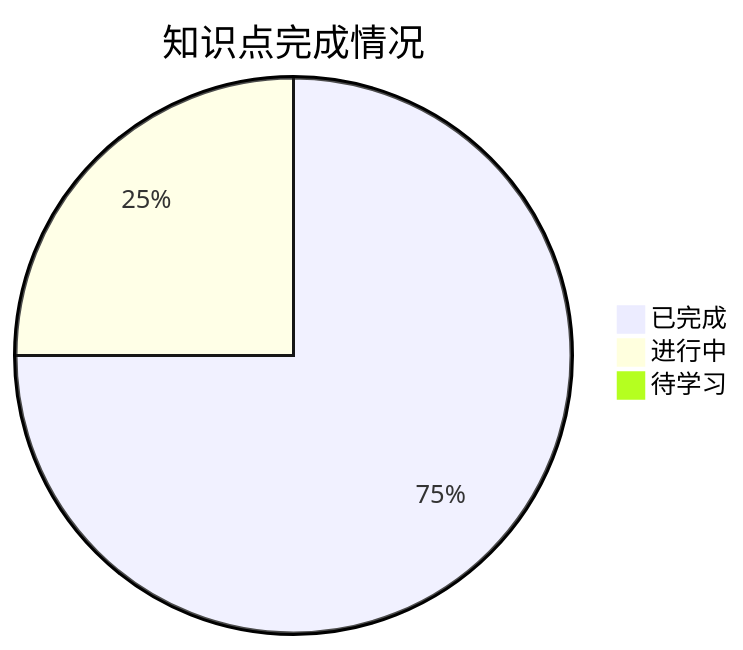
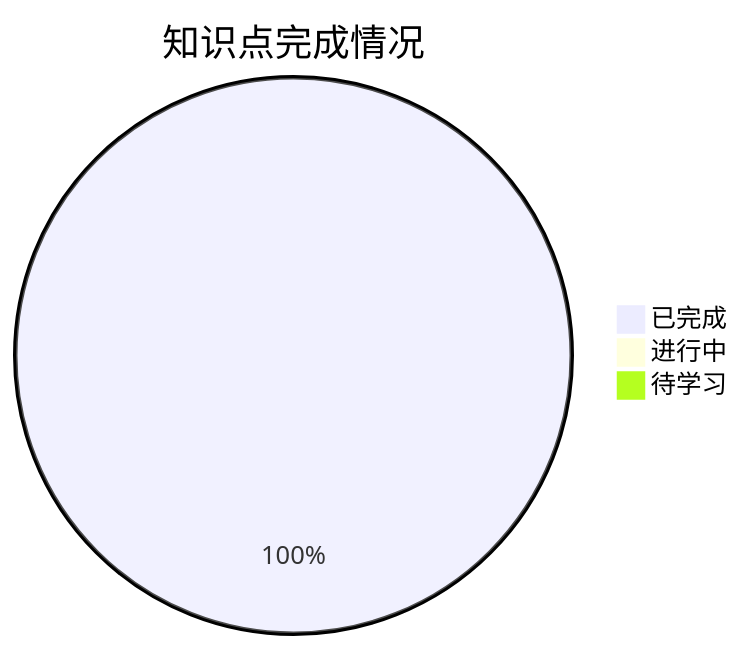
Before and after one commit to Treasoni/kaoyan: the diagram in 考研专业课/数字电子技术/1-数字与码制/📊 学习进度.md, drawn with Mermaid. The commit also changed other lines of this file and 6 other files, not shown here.

````diff
--- a/考研专业课/数字电子技术/1-数字与码制/📊 学习进度.md
+++ b/考研专业课/数字电子技术/1-数字与码制/📊 学习进度.md
@@ -14,6 +14,6 @@
 ```mermaid
 pie title 知识点完成情况
-    "已完成" : 3
-    "进行中" : 1
+    "已完成" : 4
+    "进行中" : 0
     "待学习" : 0
 ```
````
